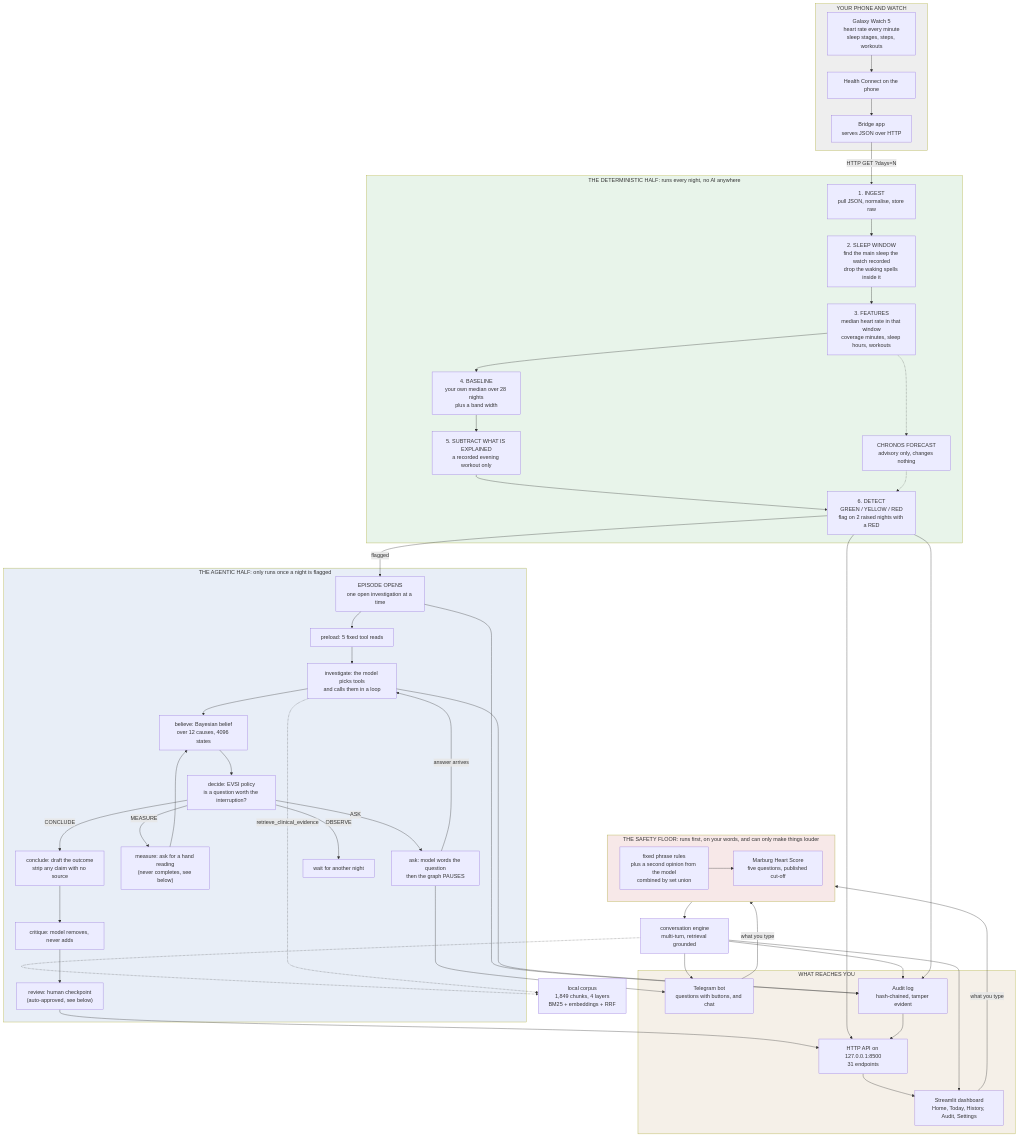
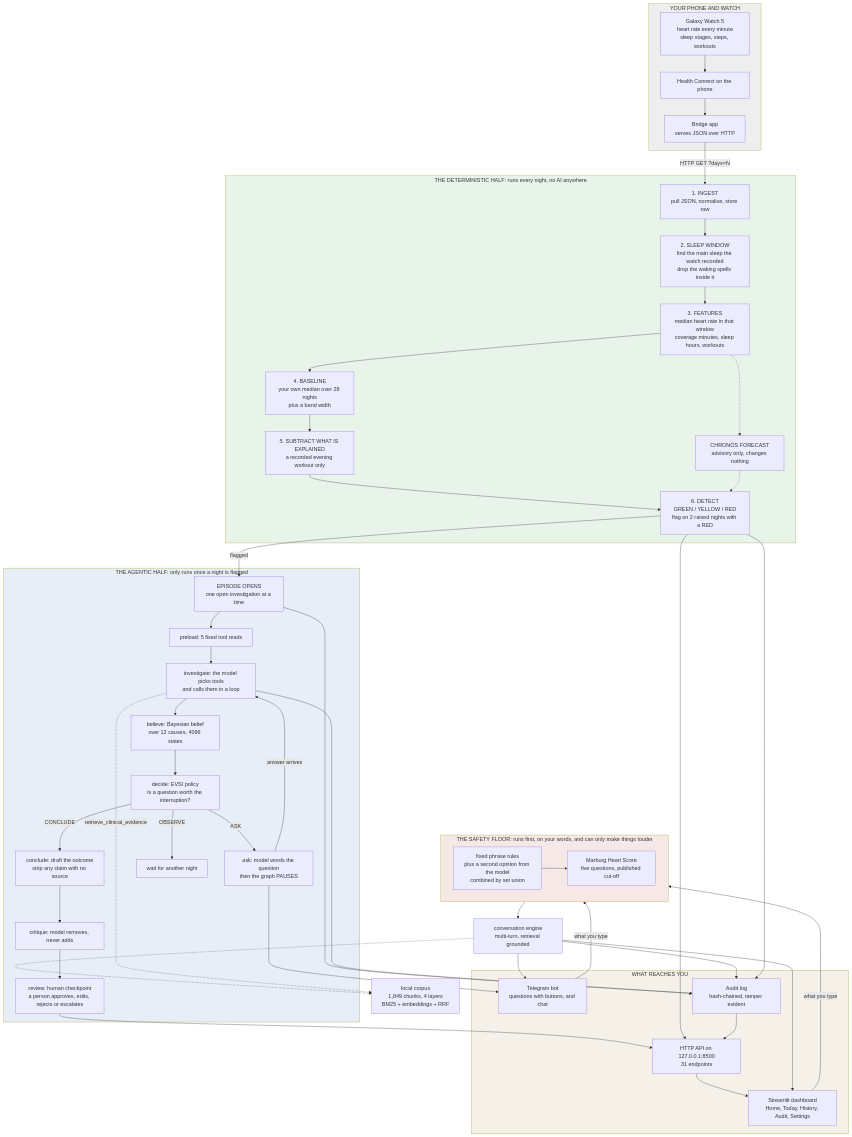
Before and after one commit to NatBrian/wearable-health-agent: the first of 11 diagrams in docs/ARCHITECTURE.md, drawn with Mermaid. The commit also changed other lines of this file, not shown here.

Commit message:
Remove the deleted MEASURE branch from both ARCHITECTURE diagrams
The audit flagged that README and ARCHITECTURE both documented a MEASURE action
and a `measure` graph node after item 24 deleted them. I fixed the README and
missed two lines here, because they are inside mermaid diagrams rather than
prose and my grep for stale subsystems was reading sentences.

Both diagrams now match the compiled graph exactly: preload, investigate,
believe, decide, ask, conclude, critique, review. Checked by parsing the
add_node calls out of graph.py and diffing them against the state diagram, which
is the same check the trace-stage test does for CANONICAL_STAGES.

The review node's label also said "(auto-approved, see below)", which stopped
being true when item 3 removed the auto-approval.

````diff
--- a/docs/ARCHITECTURE.md
+++ b/docs/ARCHITECTURE.md
@@ -31,80 +31,77 @@
 ```mermaid
 flowchart TB
     subgraph PHONE["YOUR PHONE AND WATCH"]
         W["Galaxy Watch 5<br/>heart rate every minute<br/>sleep stages, steps, workouts"]
         HC["Health Connect on the phone"]
         BR["Bridge app<br/>serves JSON over HTTP"]
         W --> HC --> BR
     end
 
     subgraph DET["THE DETERMINISTIC HALF: runs every night, no AI anywhere"]
         ING["1. INGEST<br/>pull JSON, normalise, store raw"]
         WIN["2. SLEEP WINDOW<br/>find the main sleep the watch recorded<br/>drop the waking spells inside it"]
         FEA["3. FEATURES<br/>median heart rate in that window<br/>coverage minutes, sleep hours, workouts"]
         BASE["4. BASELINE<br/>your own median over 28 nights<br/>plus a band width"]
         EXPL["5. SUBTRACT WHAT IS EXPLAINED<br/>a recorded evening workout only"]
         DETECT["6. DETECT<br/>GREEN / YELLOW / RED<br/>flag on 2 raised nights with a RED"]
         FC["CHRONOS FORECAST<br/>advisory only, changes nothing"]
         ING --> WIN --> FEA --> BASE --> EXPL --> DETECT
         FEA -.-> FC -.-> DETECT
     end
 
     subgraph AG["THE AGENTIC HALF: only runs once a night is flagged"]
         EP["EPISODE OPENS<br/>one open investigation at a time"]
         PRE["preload: 5 fixed tool reads"]
         INV["investigate: the model picks tools<br/>and calls them in a loop"]
         BEL["believe: Bayesian belief<br/>over 12 causes, 4096 states"]
         DEC["decide: EVSI policy<br/>is a question worth the interruption?"]
         ASK["ask: model words the question<br/>then the graph PAUSES"]
-        MEAS["measure: ask for a hand reading<br/>(never completes, see below)"]
         CON["conclude: draft the outcome<br/>strip any claim with no source"]
         CRI["critique: model removes, never adds"]
-        REV["review: human checkpoint<br/>(auto-approved, see below)"]
+        REV["review: human checkpoint<br/>a person approves, edits, rejects or escalates"]
         EP --> PRE --> INV --> BEL --> DEC
         DEC -->|ASK| ASK
-        DEC -->|MEASURE| MEAS
         DEC -->|OBSERVE| WAIT["wait for another night"]
         DEC -->|CONCLUDE| CON
         ASK -->|answer arrives| INV
-        MEAS --> BEL
         CON --> CRI --> REV
     end
 
     subgraph SAFE["THE SAFETY FLOOR: runs first, on your words, and can only make things louder"]
         FLOOR["fixed phrase rules<br/>plus a second opinion from the model<br/>combined by set union"]
         TRI["Marburg Heart Score<br/>five questions, published cut-off"]
         FLOOR --> TRI
     end
 
     subgraph OUT["WHAT REACHES YOU"]
         API["HTTP API on 127.0.0.1:8500<br/>31 endpoints"]
         DASH["Streamlit dashboard<br/>Home, Today, History, Audit, Settings"]
         TG["Telegram bot<br/>questions with buttons, and chat"]
         AUD["Audit log<br/>hash-chained, tamper evident"]
     end
 
     BR -->|"HTTP GET ?days=N"| ING
     DETECT -->|"flagged"| EP
     ASK --> TG
     REV --> API
     DETECT --> API
     API --> DASH
     TG -->|"what you type"| SAFE
     DASH -->|"what you type"| SAFE
     SAFE --> CONV["conversation engine<br/>multi-turn, retrieval grounded"]
     CONV --> TG
     CONV --> DASH
     INV -.->|"retrieve_clinical_evidence"| RAG["local corpus<br/>1,849 chunks, 4 layers<br/>BM25 + embeddings + RRF"]
     CONV -.-> RAG
     EP --> AUD
     INV --> AUD
     CONV --> AUD
     DETECT --> AUD
     AUD --> API
 
     style DET fill:#e8f4ea
     style AG fill:#e8eef7
     style SAFE fill:#f7e8e8
     style OUT fill:#f5f0e8
     style PHONE fill:#eeeeee
 ```
````
